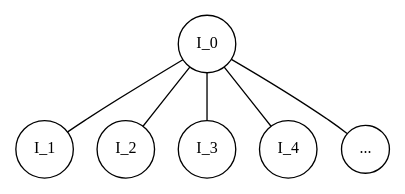
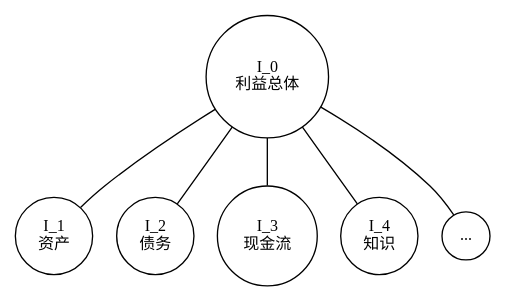
The first of 2 diagrams in 基本概念.md (jcfangc/calculatable-society), drawn with Graphviz before and after one commit. The commit also changed other lines of this file and 7 other files, not shown here.

````diff
--- a/基本概念.md
+++ b/基本概念.md
@@ -91,20 +111,20 @@
 ```graphviz
 graph G {
     node [shape=circle, style=unfilled, fontsize=12, color=black]
     rankdir=TB;
     bgcolor=white;
 
-    "I_0" [label="I_0"]
-    "I_1" [label="I_1"]
-    "I_2" [label="I_2"]
-    "I_3" [label="I_3"]
-    "I_4" [label="I_4"]
+    "I_0" [label="I_0\n利益总体"]
+    "I_1" [label="I_1\n资产"]
+    "I_2" [label="I_2\n债务"]
+    "I_3" [label="I_3\n现金流"]
+    "I_4" [label="I_4\n知识"]
     "..." [label="..."]
 
     "I_0" -- "I_1"
     "I_0" -- "I_2"
     "I_0" -- "I_3"
     "I_0" -- "I_4"
     "I_0" -- "..."
 }
 ```
````
